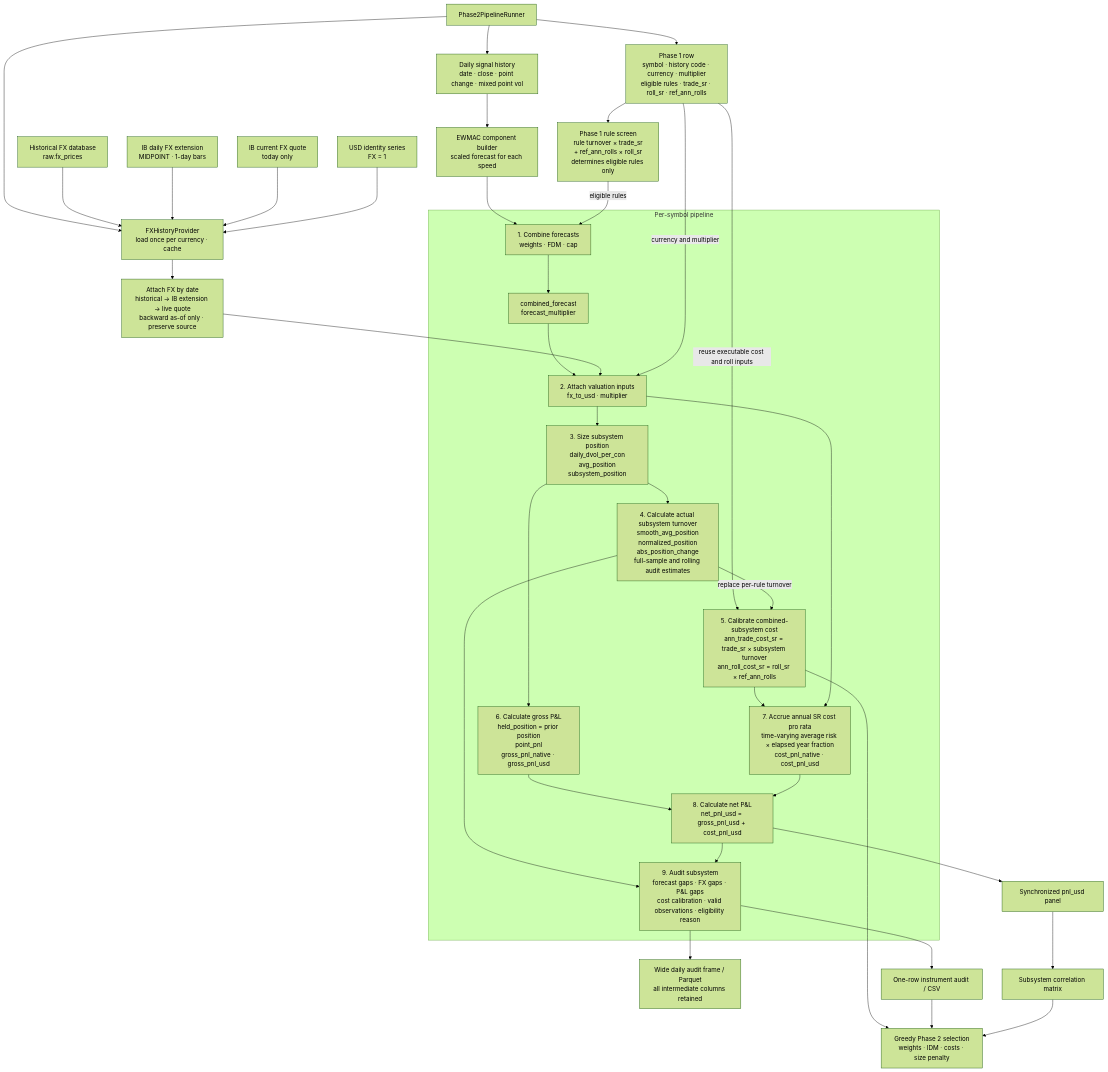
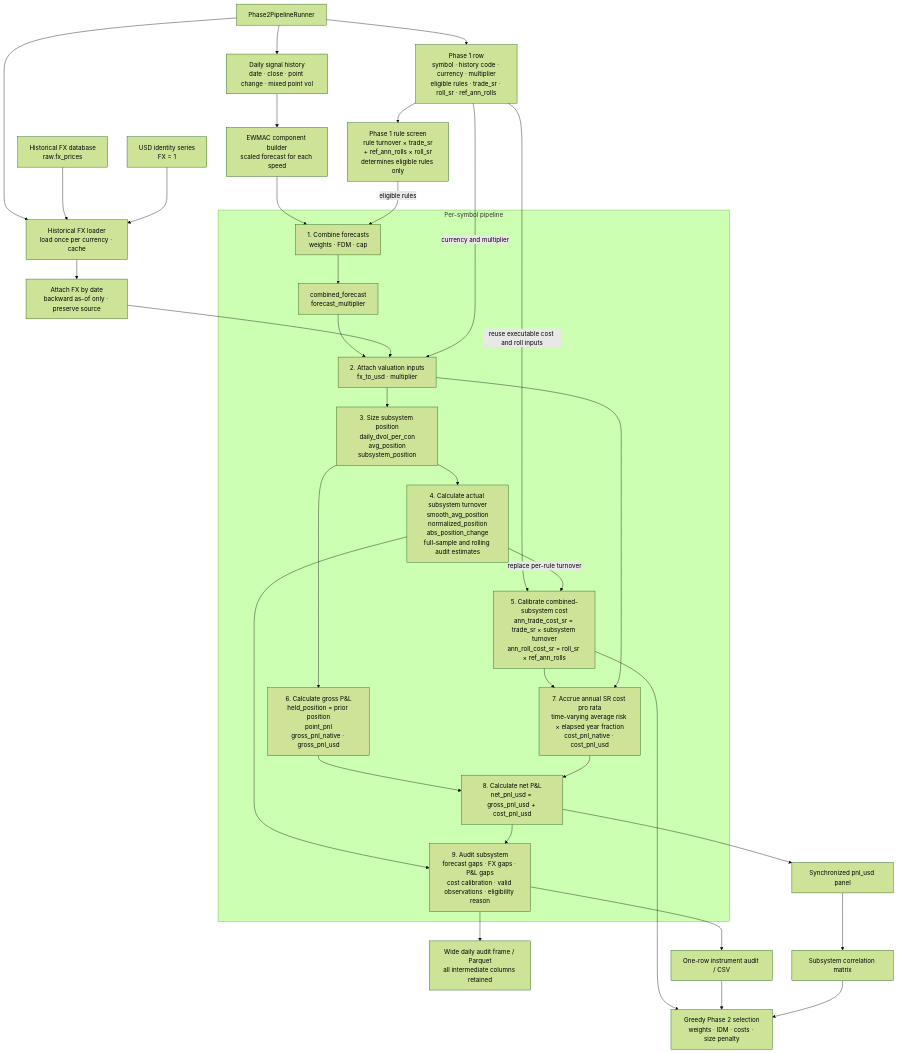
One commit to ericlief/derivatives-bt-engine changed the diagram in research/pysystemtrade-instrument-selection.md. Above: the diagram before and after it, drawn with Mermaid (forest theme). The commit also changed other lines of this file and 196 other files, not shown here.

```diff
--- a/research/pysystemtrade-instrument-selection.md
+++ b/research/pysystemtrade-instrument-selection.md
@@ -543,12 +543,10 @@
     Components["EWMAC component builder<br/>scaled forecast for each speed"]
 
     HistFX["Historical FX database<br/>raw.fx_prices"]
-    IBHist["IB daily FX extension<br/>MIDPOINT · 1-day bars"]
-    IBLive["IB current FX quote<br/>today only"]
     USD["USD identity series<br/>FX = 1"]
 
-    FXProvider["FXHistoryProvider<br/>load once per currency · cache"]
-    FXMerge["Attach FX by date<br/>historical → IB extension → live quote<br/>backward as-of only · preserve source"]
+    FXProvider["Historical FX loader<br/>load once per currency · cache"]
+    FXMerge["Attach FX by date<br/>backward as-of only · preserve source"]
 
     subgraph PerSymbol["Per-symbol pipeline"]
         Combine["1. Combine forecasts<br/>weights · FDM · cap"]
@@ -588,8 +586,6 @@
     Combine --> ForecastFrame
 
     HistFX --> FXProvider
-    IBHist --> FXProvider
-    IBLive --> FXProvider
     USD --> FXProvider
     FXProvider --> FXMerge
 
```
